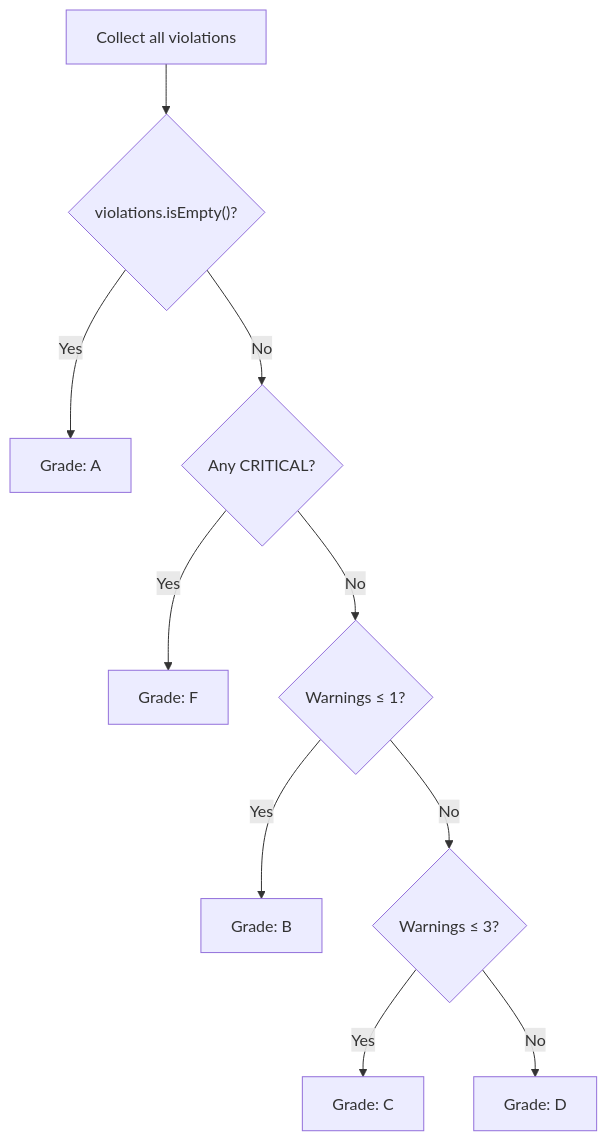
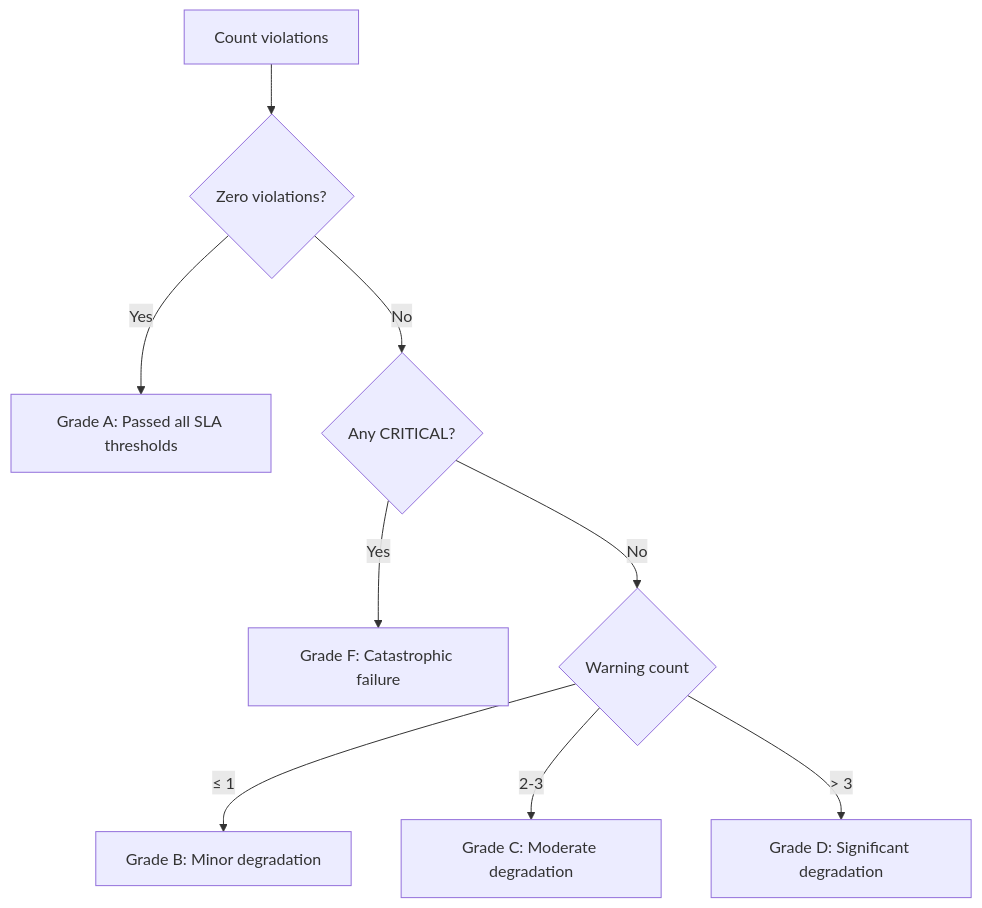
Before and after one commit to actions-marketplace-validations/bmscomp_kates: the second of 3 diagrams in kates/docs/disruption-guide.md, drawn with Mermaid. The commit also changed other lines of this file and 10 other files, not shown here.

````diff
--- a/kates/docs/disruption-guide.md
+++ b/kates/docs/disruption-guide.md
@@ -261,12 +397,11 @@
 ```mermaid
 flowchart TD
-    Start["Collect all violations"] --> Count{"violations.isEmpty()?"}
-    Count -- Yes --> A["Grade: A"]
-    Count -- No --> Severity{"Any CRITICAL?"}
-    Severity -- Yes --> F["Grade: F"]
-    Severity -- No --> WarnCount{"Warnings ≤ 1?"}
-    WarnCount -- Yes --> B["Grade: B"]
-    WarnCount -- No --> MajorCount{"Warnings ≤ 3?"}
-    MajorCount -- Yes --> C["Grade: C"]
-    MajorCount -- No --> D["Grade: D"]
+    Start["Count violations"] --> Empty{"Zero violations?"}
+    Empty -- Yes --> A["Grade A: Passed all SLA thresholds"]
+    Empty -- No --> Critical{"Any CRITICAL?"}
+    Critical -- Yes --> F["Grade F: Catastrophic failure"]
+    Critical -- No --> Count{"Warning count"}
+    Count -- "≤ 1" --> B["Grade B: Minor degradation"]
+    Count -- "2-3" --> C["Grade C: Moderate degradation"]
+    Count -- "> 3" --> D["Grade D: Significant degradation"]
 ```
````
